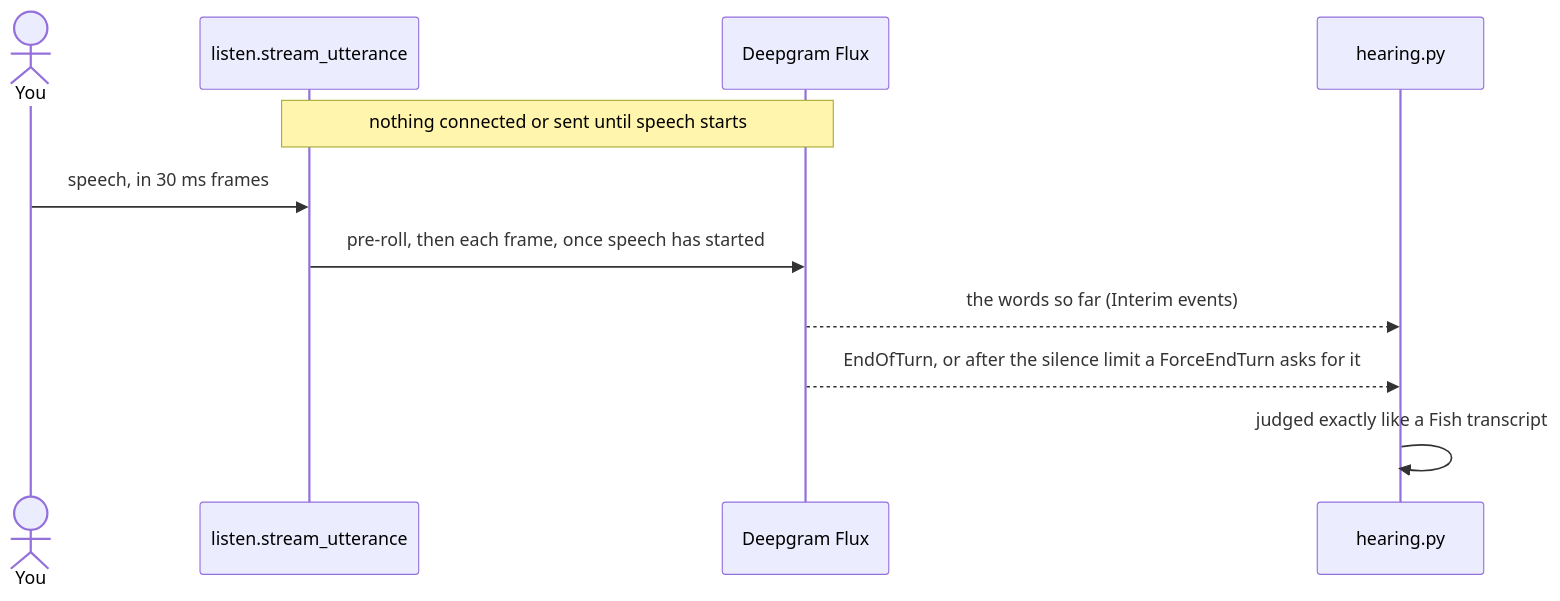
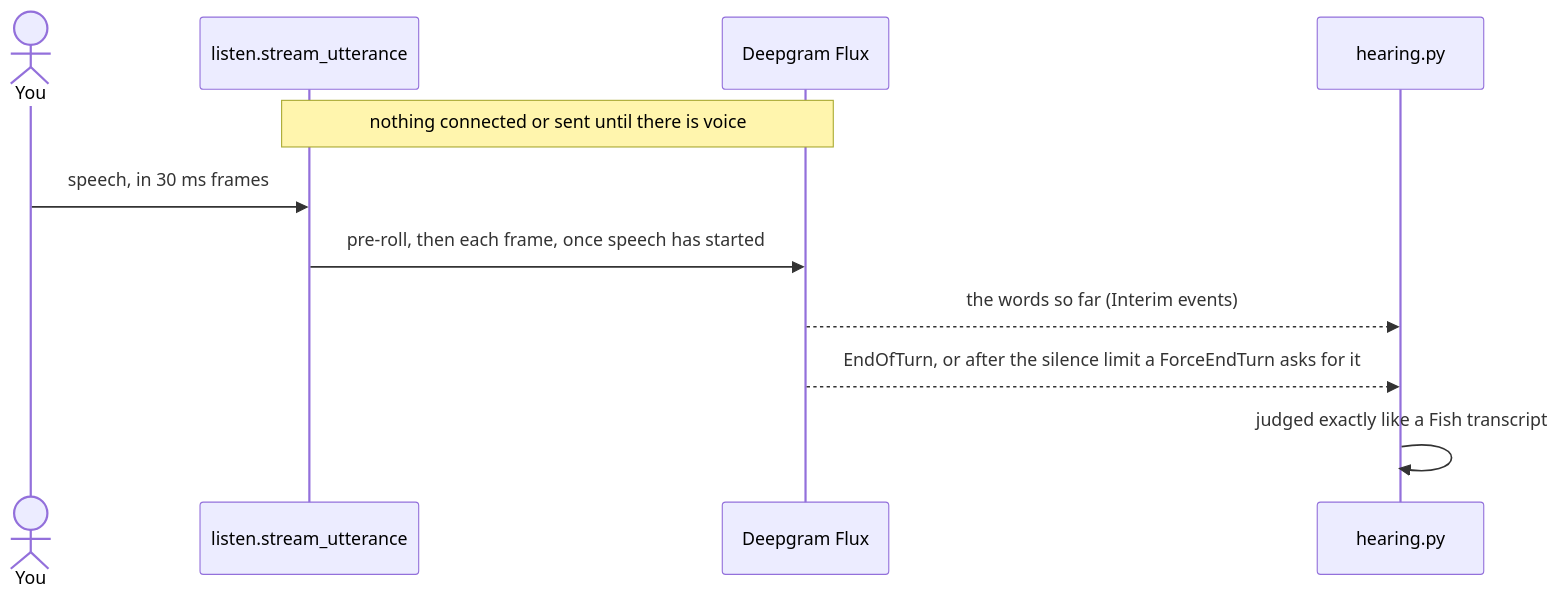
Before and after one commit to kzndotsh/fish-audio-suite: the third of 4 diagrams in docs/ARCHITECTURE.md, drawn with Mermaid. The commit also changed other lines of this file and 3 other files, not shown here.

Commit message:
fix(voice): hold a streamed turn's first frames until there is enough voice, so a knock or a cough is never connected or sent

````diff
--- a/docs/ARCHITECTURE.md
+++ b/docs/ARCHITECTURE.md
@@ -98,14 +98,14 @@
 ```mermaid
 sequenceDiagram
     actor You
     participant Mic as listen.stream_utterance
     participant Flux as Deepgram Flux
     participant Hear as hearing.py
 
-    Note over Mic,Flux: nothing connected or sent until speech starts
+    Note over Mic,Flux: nothing connected or sent until there is voice
     You->>Mic: speech, in 30 ms frames
     Mic->>Flux: pre-roll, then each frame, once speech has started
     Flux-->>Hear: the words so far (Interim events)
     Flux-->>Hear: EndOfTurn, or after the silence limit a ForceEndTurn asks for it
     Hear->>Hear: judged exactly like a Fish transcript
 ```
````
